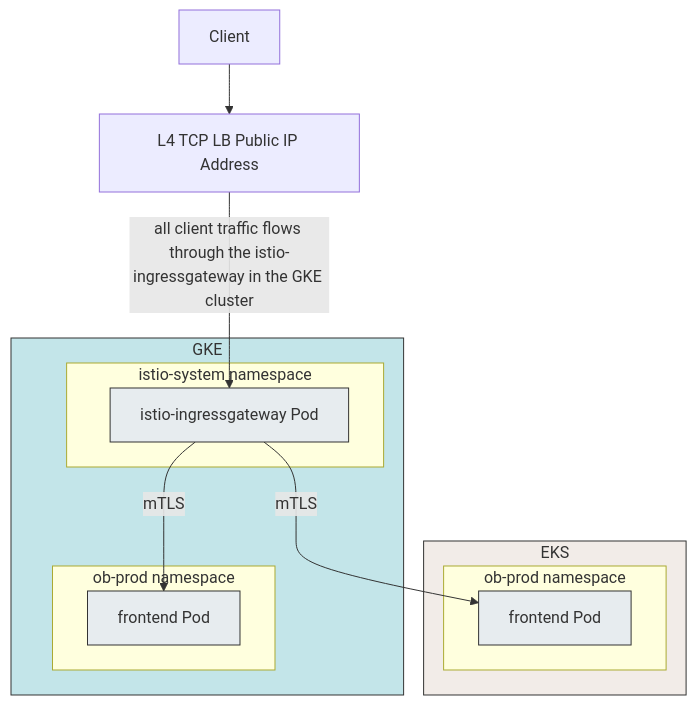
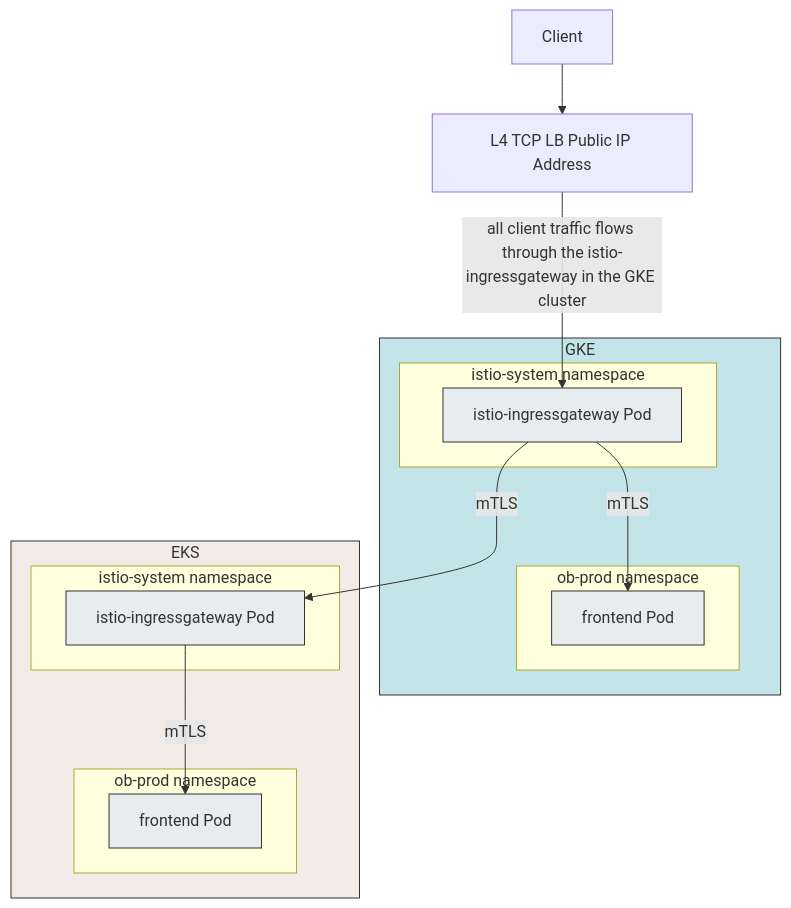
One commit to swalker-sada/anthos-practice changed the diagram in platform_admins/docs/distributed-service-intro.md. Above: the diagram before and after it, drawn with Mermaid. The commit also changed other lines of this file and 1602 other files, not shown here.

````diff
--- a/platform_admins/docs/distributed-service-intro.md
+++ b/platform_admins/docs/distributed-service-intro.md
@@ -91,40 +93,45 @@
 ```mermaid
 %%{init: { 'theme': 'default' } }%%
 graph TD
 classDef eks fill:#F2ECE8,stroke:#333,stroke-width:1px;
 classDef ns fill:#99C4C8,color:#fff,stroke:#333,stroke-width:1px;
 classDef gke fill:#C3E5E9,stroke:#333,stroke-width:1px;
 classDef pod fill:#E7ECEF,stroke:#333,stroke-width:1px;
 
 client[Client]
 l4lb[L4 TCP LB Public IP Address]
-istio[istio-ingressgateway Pod]
+istiogke[istio-ingressgateway Pod]
+istioeks[istio-ingressgateway Pod]
 frontendgke[frontend Pod]
 frontendeks[frontend Pod]
 
 client --> l4lb
-l4lb -->|all client traffic flows through the istio-ingressgateway in the GKE cluster| istio
-istio -->|mTLS| frontendgke
-istio -->|mTLS| frontendeks
+l4lb -->|all client traffic flows through the istio-ingressgateway in the GKE cluster| istiogke
+istiogke -->|mTLS| frontendgke
+istiogke -->|mTLS| istioeks
+istioeks -->|mTLS| frontendeks
 
 subgraph GKE
-    subgraph istio-system[istio-system namespace]
-        istio
+    subgraph istio-system-gke[istio-system namespace]
+        istiogke
     end
     subgraph ob-prod-gke[ob-prod namespace]
         frontendgke
     end
 end
 
 subgraph EKS
+    subgraph istio-system-eks[istio-system namespace]
+        istioeks
+    end
     subgraph ob-prod-eks[ob-prod namespace]
         frontendeks
     end
 end
 
 class GKE gke;
 class EKS eks;
-%%class istio-system,ob-prod-gke,ob-prod-eks ns;
-class istio,frontendgke,frontendeks pod;
+%%class istio-system-gke,istio-system-eks,ob-prod-gke,ob-prod-eks ns;
+class istiogke,istioeks,frontendgke,frontendeks pod;
 
 ```
````
